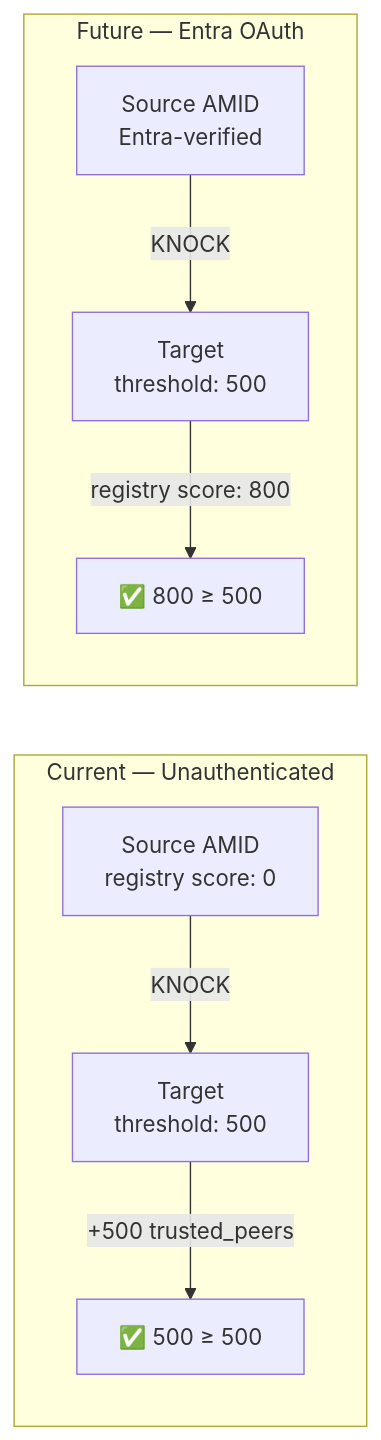
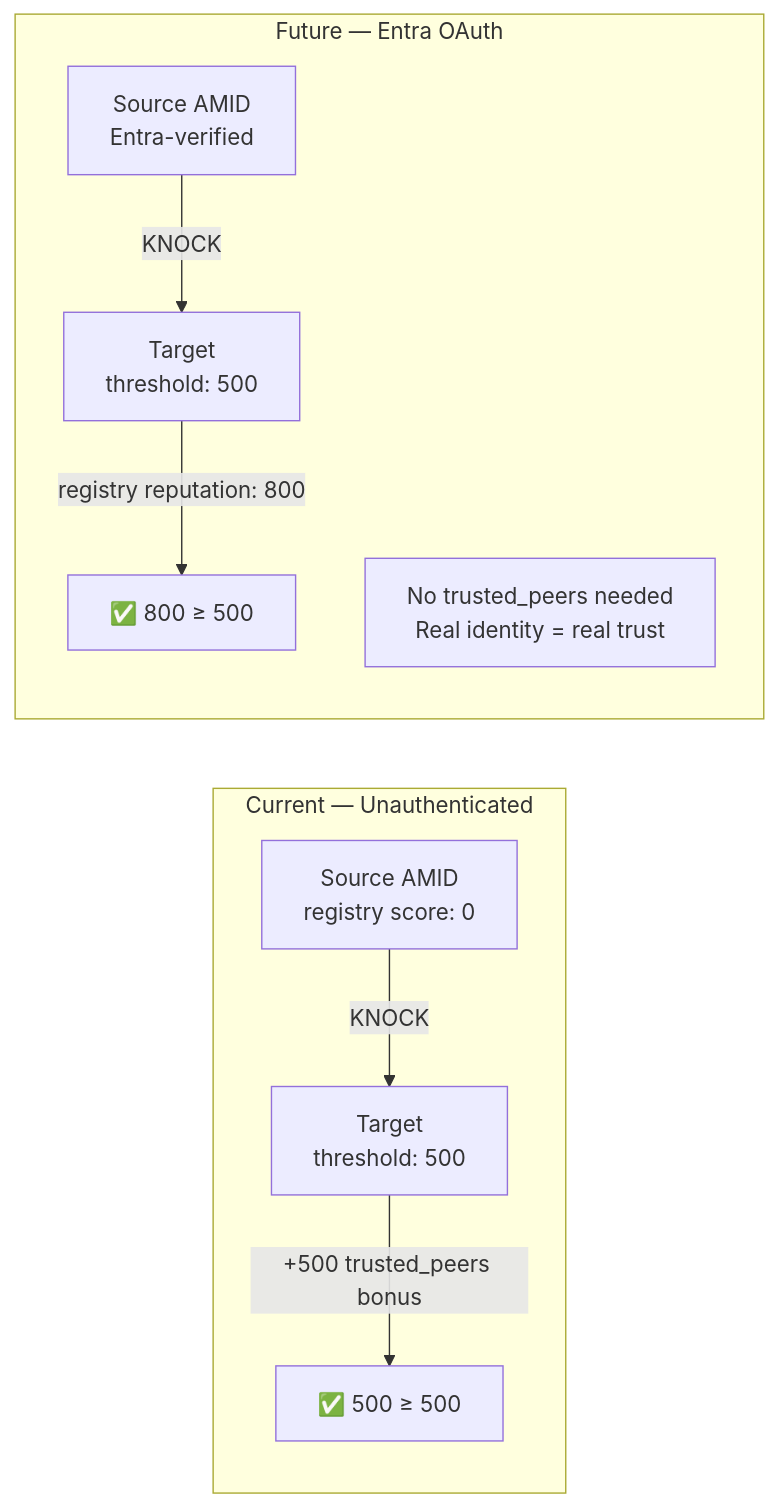
Diagram 19 of 20 in docs/architecture-diagrams.md (Azure/kars), drawn with Mermaid before and after one commit. The commit also changed other lines of this file and 1 other file, not shown here.

First line of the commit message:
docs: revise handoff flow diagrams with full review findings

````diff
--- a/docs/architecture-diagrams.md
+++ b/docs/architecture-diagrams.md
@@ -680,12 +875,13 @@
 ```mermaid
 graph LR
     subgraph current["Current — Unauthenticated"]
         S1["Source AMID<br/>registry score: 0"] -->|KNOCK| T1["Target<br/>threshold: 500"]
-        T1 -->|"+500 trusted_peers"| A1["✅ 500 ≥ 500"]
+        T1 -->|"+500 trusted_peers bonus"| A1["✅ 500 ≥ 500"]
     end
 
     subgraph future["Future — Entra OAuth"]
         S2["Source AMID<br/>Entra-verified"] -->|KNOCK| T2["Target<br/>threshold: 500"]
-        T2 -->|"registry score: 800"| A2["✅ 800 ≥ 500"]
+        T2 -->|"registry reputation: 800"| A2["✅ 800 ≥ 500"]
+        Note1["No trusted_peers needed<br/>Real identity = real trust"]
     end
 ```
````
